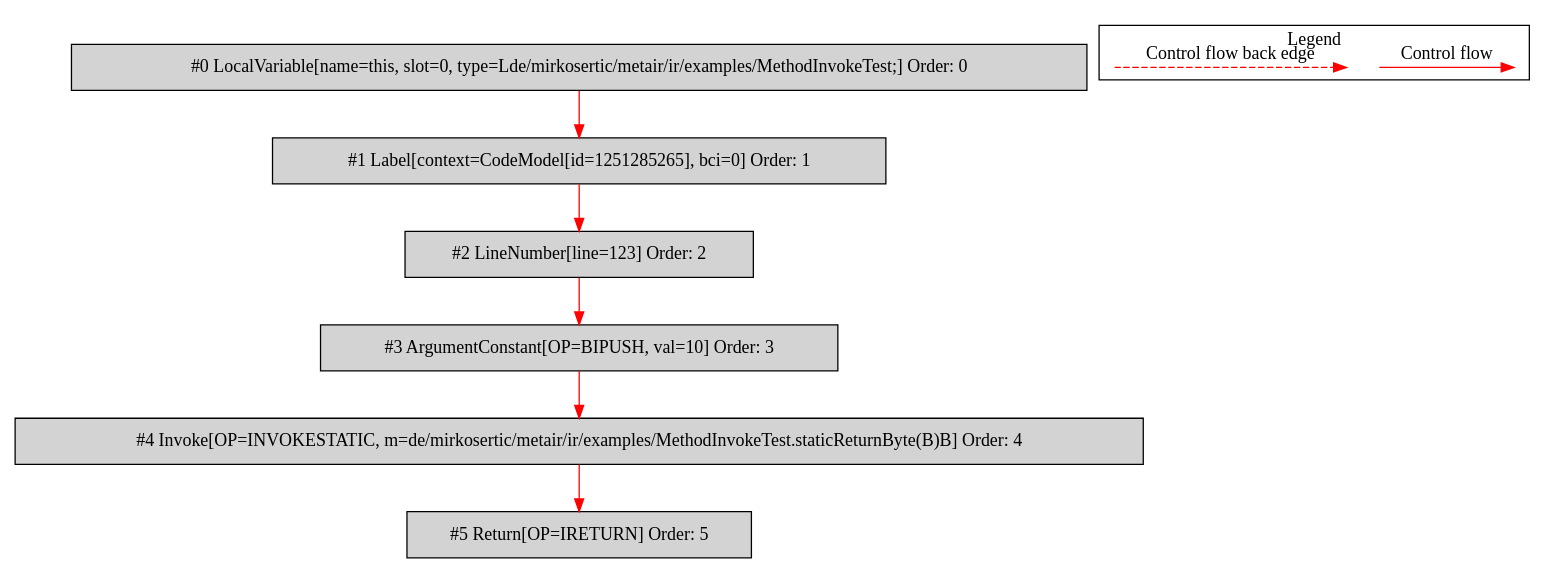
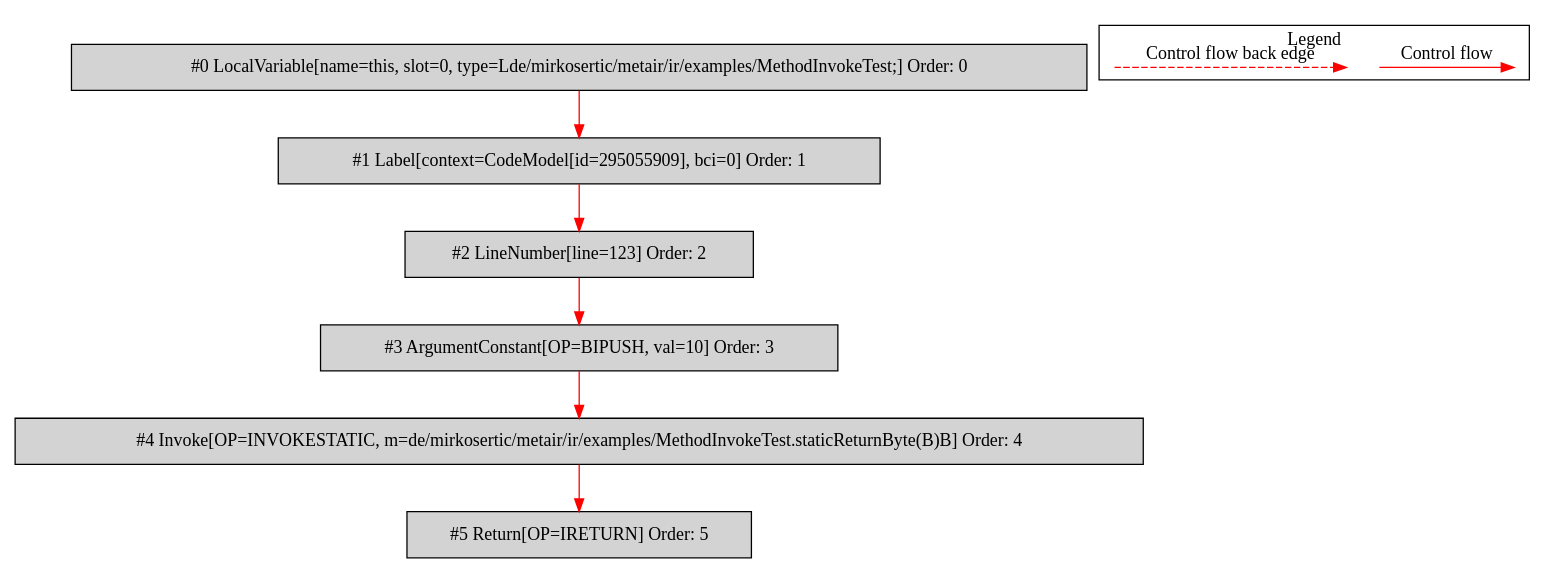
One commit to mirkosertic/MetaIR changed the diagram in de.mirkosertic.metair.ir.examples.MethodInvokeTest/returnByte/bytecodecfg.dot. Above: the diagram before and after it, drawn with Graphviz. The commit also changed 462 other files, not shown here.

```diff
--- a/de.mirkosertic.metair.ir.examples.MethodInvokeTest/returnByte/bytecodecfg.dot
+++ b/de.mirkosertic.metair.ir.examples.MethodInvokeTest/returnByte/bytecodecfg.dot
@@ -1,28 +1,28 @@
 digraph {
  ordering="in";
  node0[label="#0 LocalVariable[name=this, slot=0, type=Lde/mirkosertic/metair/ir/examples/MethodInvokeTest;] Order: 0", shape=box, fillcolor=lightgrey, style=filled];
- node1[label="#1 Label[context=CodeModel[id=1251285265], bci=0] Order: 1", shape=box, fillcolor=lightgrey, style=filled];
+ node1[label="#1 Label[context=CodeModel[id=295055909], bci=0] Order: 1", shape=box, fillcolor=lightgrey, style=filled];
  node2[label="#2 LineNumber[line=123] Order: 2", shape=box, fillcolor=lightgrey, style=filled];
  node3[label="#3 ArgumentConstant[OP=BIPUSH, val=10] Order: 3", shape=box, fillcolor=lightgrey, style=filled];
  node4[label="#4 Invoke[OP=INVOKESTATIC, m=de/mirkosertic/metair/ir/examples/MethodInvokeTest.staticReturnByte(B)B] Order: 4", shape=box, fillcolor=lightgrey, style=filled];
  node5[label="#5 Return[OP=IRETURN] Order: 5", shape=box, fillcolor=lightgrey, style=filled];
  node0 -> node1[color=red];
  node1 -> node2[color=red];
  node2 -> node3[color=red];
  node3 -> node4[color=red];
  node4 -> node5[color=red];
  subgraph cluster_000 {
   label = "Legend";
   node [shape=point]
   {
    rank=same;
    c0 [style = invis];
    c1 [style = invis];
    c2 [style = invis];
    c3 [style = invis];
   }
   c0 -> c1 [label="Control flow", style=solid, color=red]
   c2 -> c3 [label="Control flow back edge", style=dashed, color=red]
  }
 
 }
```
